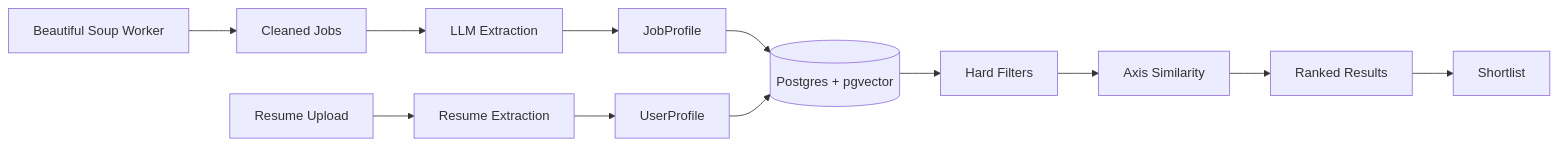
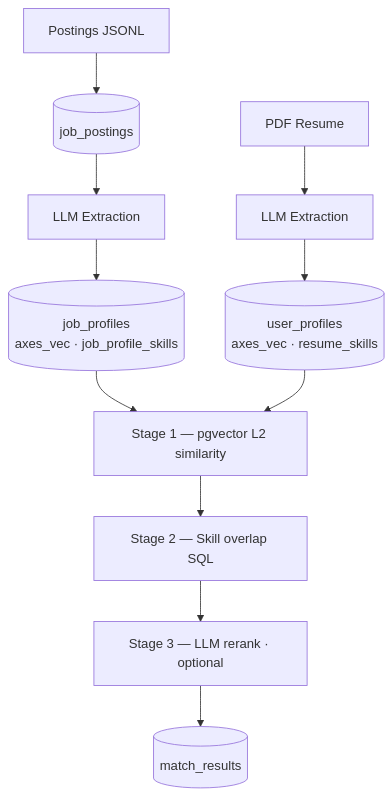
The diagram in README.md (ibrahimk2002/job-match-agent), drawn with Mermaid before and after one commit. The commit also changed other lines of this file, not shown here.

````diff
--- a/README.md
+++ b/README.md
@@ -71,16 +44,15 @@
 ```mermaid
-flowchart LR
-    A[Beautiful Soup Worker] --> B[Cleaned Jobs]
+flowchart TD
+    A[Postings JSONL] --> B[(job_postings)]
     B --> C[LLM Extraction]
-    C --> D[JobProfile]
-    D --> E[(Postgres + pgvector)]
+    C --> D[(job_profiles\naxes_vec · job_profile_skills)]
 
-    F[Resume Upload] --> G[Resume Extraction]
-    G --> H[UserProfile]
-    H --> E
+    E[PDF Resume] --> F[LLM Extraction]
+    F --> G[(user_profiles\naxes_vec · resume_skills)]
 
-    E --> I[Hard Filters]
-    I --> J[Axis Similarity]
-    J --> K[Ranked Results]
-    K --> L[Shortlist]
+    D --> H[Stage 1 — pgvector L2 similarity]
+    G --> H
+    H --> I[Stage 2 — Skill overlap SQL]
+    I --> J[Stage 3 — LLM rerank · optional]
+    J --> K[(match_results)]
 ```
````
